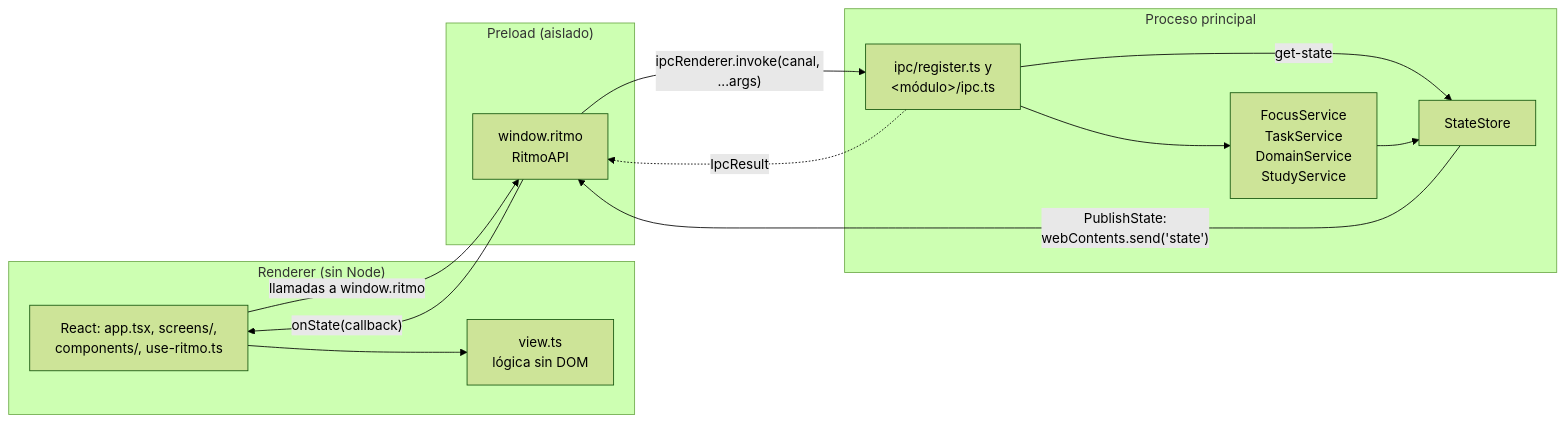
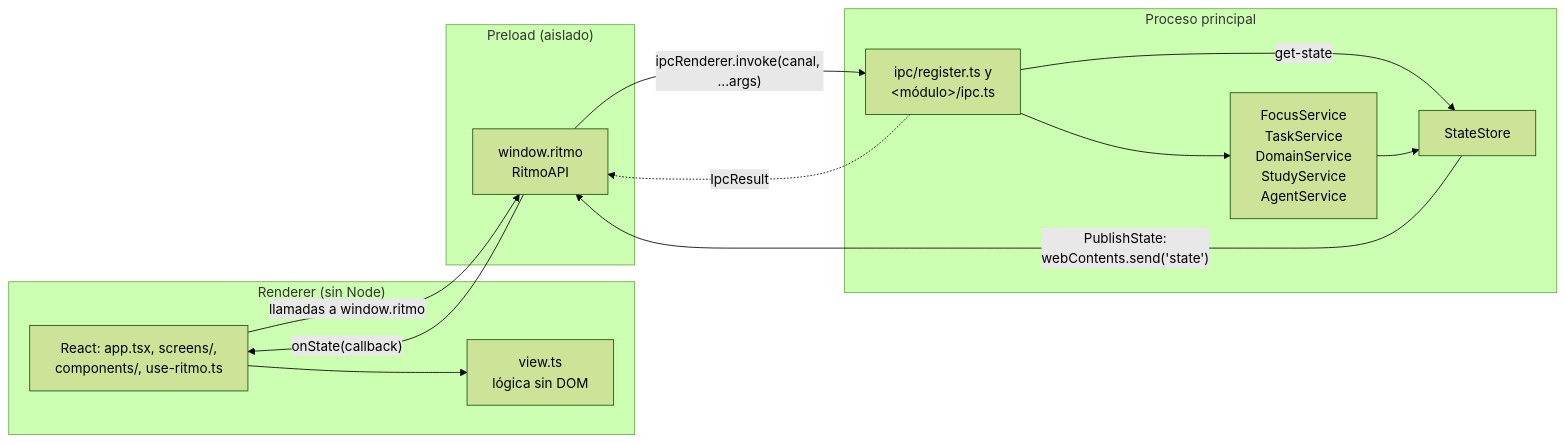
One commit to DevJuan95/ritmo changed the first of 13 diagrams in docs/arquitectura.md. Above: the diagram before and after it, drawn with Mermaid (forest theme). The commit also changed other lines of this file and 37 other files, not shown here.

````diff
--- a/docs/arquitectura.md
+++ b/docs/arquitectura.md
@@ -11,27 +11,27 @@
 ```mermaid
 flowchart LR
   subgraph renderer["Renderer (sin Node)"]
     ui["React: app.tsx, screens/,<br/>components/, use-ritmo.ts"]
     view["view.ts<br/>lógica sin DOM"]
     ui --> view
   end
 
   subgraph preload["Preload (aislado)"]
     api["window.ritmo<br/>RitmoAPI"]
   end
 
   subgraph main["Proceso principal"]
     ipc["ipc/register.ts y<br/>&lt;módulo&gt;/ipc.ts"]
-    services["FocusService<br/>TaskService<br/>DomainService<br/>StudyService"]
+    services["FocusService<br/>TaskService<br/>DomainService<br/>StudyService<br/>AgentService"]
     store["StateStore"]
     ipc --> services
     ipc -- "get-state" --> store
     services --> store
   end
 
   ui -- "llamadas a window.ritmo" --> api
   api -- "ipcRenderer.invoke(canal, ...args)" --> ipc
   ipc -. "IpcResult" .-> api
   store -- "PublishState:<br/>webContents.send('state')" --> api
   api -- "onState(callback)" --> ui
 ```
````
